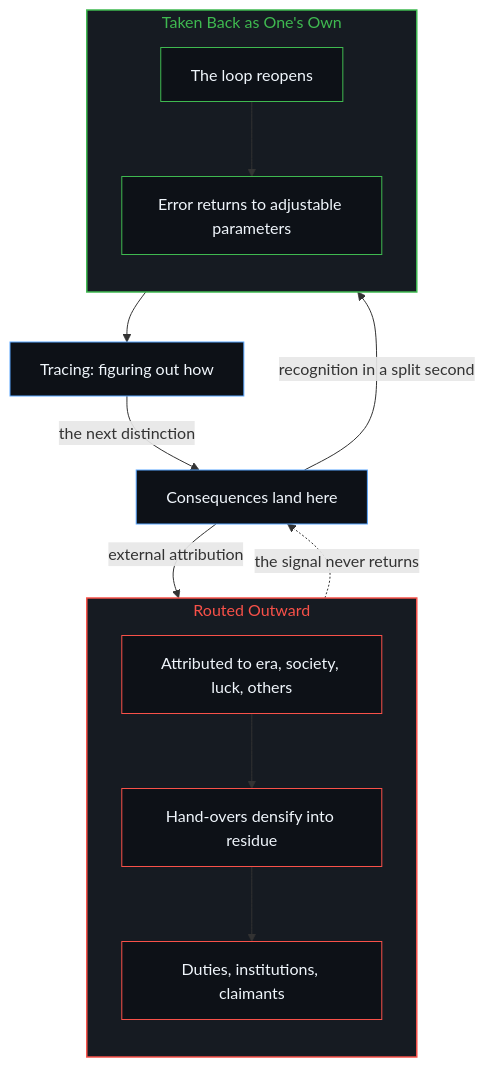
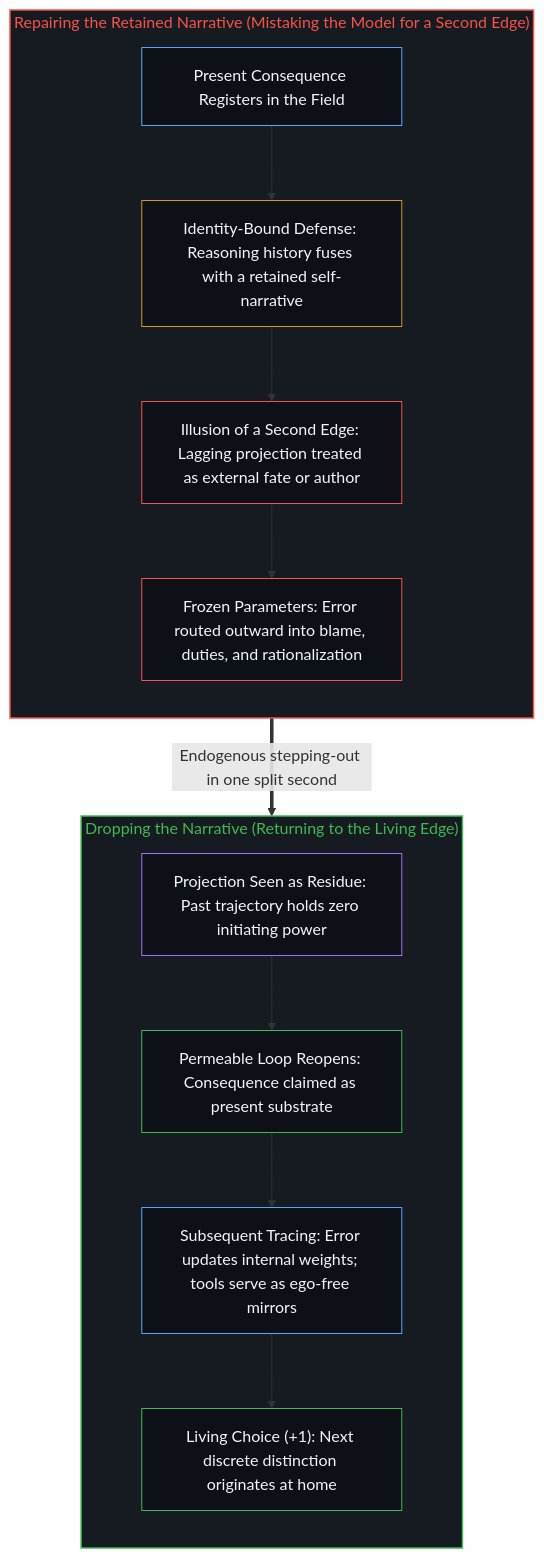
The second of 2 diagrams in content/posts/how-to-fix-your-whole-life-in-one-split-second.md (powerpig99/not-a-toe), drawn with Mermaid before and after one commit. The commit also changed other lines of this file and 2 other files, not shown here.

Commit message:
Refine L2 #88: how-to-fix-your-whole-life-in-one-split-second (Deep Sleep Wave 3)

````diff
--- a/content/posts/how-to-fix-your-whole-life-in-one-split-second.md
+++ b/content/posts/how-to-fix-your-whole-life-in-one-split-second.md
@@ -69,29 +73,33 @@
 ```mermaid
 flowchart TD
-    A["Consequences land here"]
-    subgraph S_Out["Routed Outward"]
+    subgraph S_Lag["Repairing the Retained Narrative (Mistaking the Model for a Second Edge)"]
         direction TB
-        O1["Attributed to era, society, luck, others"]
-        O2["Hand-overs densify into residue"]
-        O3["Duties, institutions, claimants"]
+        N_Conseq["Present Consequence Registers in the Field"]
+        N_Fuse["Identity-Bound Defense: Reasoning history fuses with a retained self-narrative"]
+        N_Second["Illusion of a Second Edge: Lagging projection treated as external fate or author"]
+        N_Freeze["Frozen Parameters: Error routed outward into blame, duties, and rationalization"]
+        N_Conseq --> N_Fuse --> N_Second --> N_Freeze
     end
-    subgraph S_Own["Taken Back as One's Own"]
+
+    N_Freeze ==>|"Endogenous stepping-out in one split second"| N_Drop
+
+    subgraph S_Return["Dropping the Narrative (Returning to the Living Edge)"]
         direction TB
-        W1["The loop reopens"]
-        W2["Error returns to adjustable parameters"]
+        N_Drop["Projection Seen as Residue: Past trajectory holds zero initiating power"]
+        N_Own["Permeable Loop Reopens: Consequence claimed as present substrate"]
+        N_Trace["Subsequent Tracing: Error updates internal weights; tools serve as ego-free mirrors"]
+        N_Next["Living Choice (+1): Next discrete distinction originates at home"]
+        N_Drop --> N_Own --> N_Trace --> N_Next
     end
-    T["Tracing: figuring out how"]
-    A -->|"external attribution"| O1 --> O2 --> O3
-    O3 -.->|"the signal never returns"| A
-    A -->|"recognition in a split second"| W1 --> W2 --> T
-    T -->|"the next distinction"| A
-    style S_Out fill:#161b22,stroke:#f85149,stroke-width:1.5px,color:#f85149
-    style S_Own fill:#161b22,stroke:#3fb950,stroke-width:1.5px,color:#3fb950
-    style A fill:#0d1117,stroke:#58a6ff,stroke-width:1px,color:#f0f6fc
-    style O1 fill:#0d1117,stroke:#f85149,stroke-width:1px,color:#f0f6fc
-    style O2 fill:#0d1117,stroke:#f85149,stroke-width:1px,color:#f0f6fc
-    style O3 fill:#0d1117,stroke:#f85149,stroke-width:1px,color:#f0f6fc
-    style W1 fill:#0d1117,stroke:#3fb950,stroke-width:1px,color:#f0f6fc
-    style W2 fill:#0d1117,stroke:#3fb950,stroke-width:1px,color:#f0f6fc
-    style T fill:#0d1117,stroke:#58a6ff,stroke-width:1px,color:#f0f6fc
+
+    style S_Lag fill:#161b22,stroke:#f85149,stroke-width:1.5px,color:#f85149
+    style S_Return fill:#161b22,stroke:#3fb950,stroke-width:1.5px,color:#3fb950
+    style N_Conseq fill:#0d1117,stroke:#58a6ff,stroke-width:1px,color:#f0f6fc
+    style N_Fuse fill:#0d1117,stroke:#d29922,stroke-width:1px,color:#f0f6fc
+    style N_Second fill:#0d1117,stroke:#f85149,stroke-width:1px,color:#f0f6fc
+    style N_Freeze fill:#0d1117,stroke:#f85149,stroke-width:1px,color:#f0f6fc
+    style N_Drop fill:#0d1117,stroke:#a371f7,stroke-width:1px,color:#f0f6fc
+    style N_Own fill:#0d1117,stroke:#3fb950,stroke-width:1px,color:#f0f6fc
+    style N_Trace fill:#0d1117,stroke:#58a6ff,stroke-width:1px,color:#f0f6fc
+    style N_Next fill:#0d1117,stroke:#3fb950,stroke-width:1px,color:#f0f6fc
 ```
````
